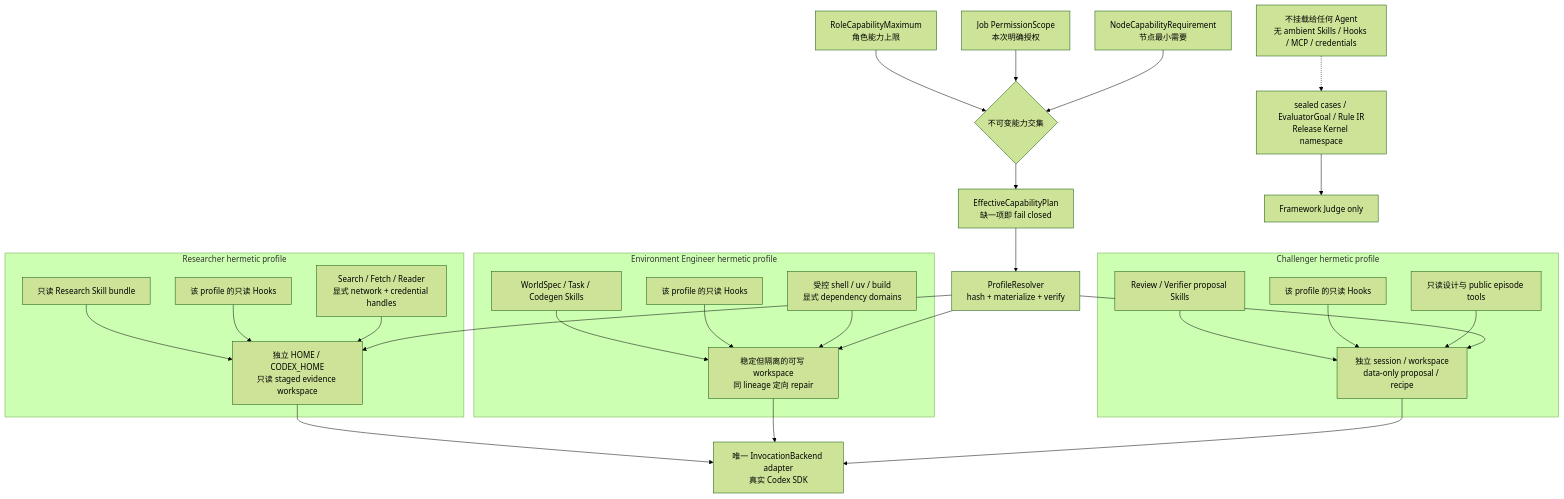
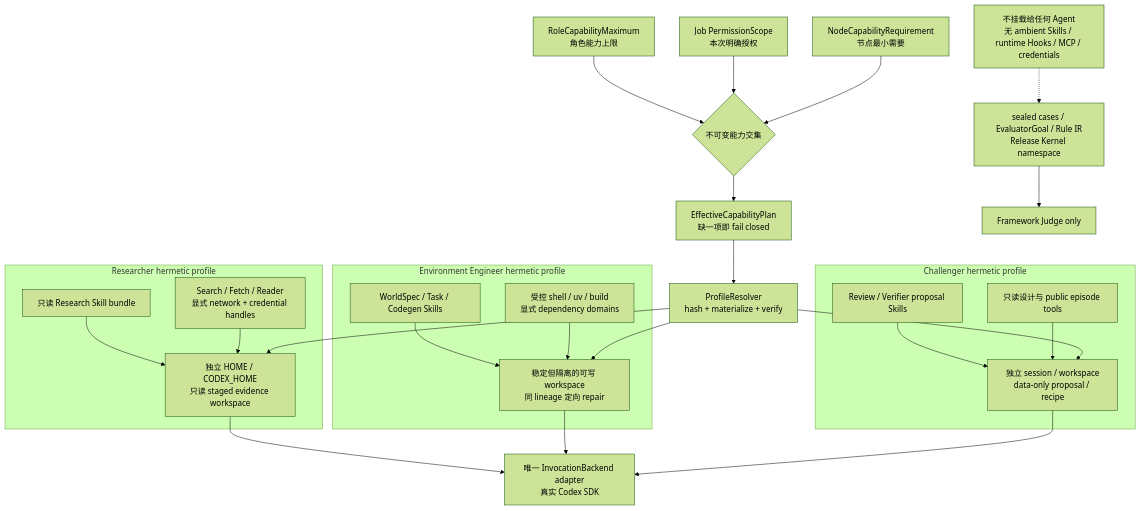
Before and after one commit to zhkzly/agent-world-model: the fourth of 8 diagrams in docs/agent-world-environment-generation.zh.md, drawn with Mermaid (forest theme). The commit also changed other lines of this file and 113 other files, not shown here.

First line of the commit message:
chore(platform): sync trellis skills, hooks, and scripts across platforms

````diff
--- a/docs/agent-world-environment-generation.zh.md
+++ b/docs/agent-world-environment-generation.zh.md
@@ -513,48 +524,42 @@
 ```mermaid
 flowchart TB
     ROLE["RoleCapabilityMaximum<br/>角色能力上限"] --> CAP{"不可变能力交集"}
     JOB["Job PermissionScope<br/>本次明确授权"] --> CAP
     NODE["NodeCapabilityRequirement<br/>节点最小需要"] --> CAP
     CAP --> PLAN["EffectiveCapabilityPlan<br/>缺一项即 fail closed"]
     PLAN --> PR["ProfileResolver<br/>hash + materialize + verify"]
 
     subgraph RP["Researcher hermetic profile"]
         RSK["只读 Research Skill bundle"]
-        RHK["该 profile 的只读 Hooks"]
         RTL["Search / Fetch / Reader<br/>显式 network + credential handles"]
         RWS["独立 HOME / CODEX_HOME<br/>只读 staged evidence workspace"]
         RSK --> RWS
-        RHK --> RWS
         RTL --> RWS
     end
 
     subgraph EP["Environment Engineer hermetic profile"]
         ESK["WorldSpec / Task / Codegen Skills"]
-        EHK["该 profile 的只读 Hooks"]
         ETL["受控 shell / uv / build<br/>显式 dependency domains"]
         EWS["稳定但隔离的可写 workspace<br/>同 lineage 定向 repair"]
         ESK --> EWS
-        EHK --> EWS
         ETL --> EWS
     end
 
     subgraph CP["Challenger hermetic profile"]
         CSK["Review / Verifier proposal Skills"]
-        CHK["该 profile 的只读 Hooks"]
         CTL["只读设计与 public episode tools"]
         CWS["独立 session / workspace<br/>data-only proposal / recipe"]
         CSK --> CWS
-        CHK --> CWS
         CTL --> CWS
     end
 
     PR --> RWS
     PR --> EWS
     PR --> CWS
     RWS --> IB["唯一 InvocationBackend adapter<br/>真实 Codex SDK"]
     EWS --> IB
     CWS --> IB
 
     SEALED["sealed cases / EvaluatorGoal / Rule IR<br/>Release Kernel namespace"] --> JUDGE["Framework Judge only"]
-    DENY["不挂载给任何 Agent<br/>无 ambient Skills / Hooks / MCP / credentials"] -.-> SEALED
+    DENY["不挂载给任何 Agent<br/>无 ambient Skills / runtime Hooks / MCP / credentials"] -.-> SEALED
 ```
````
